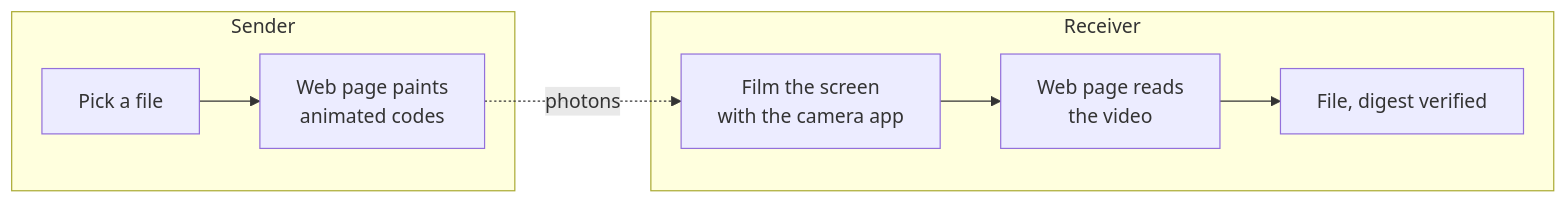
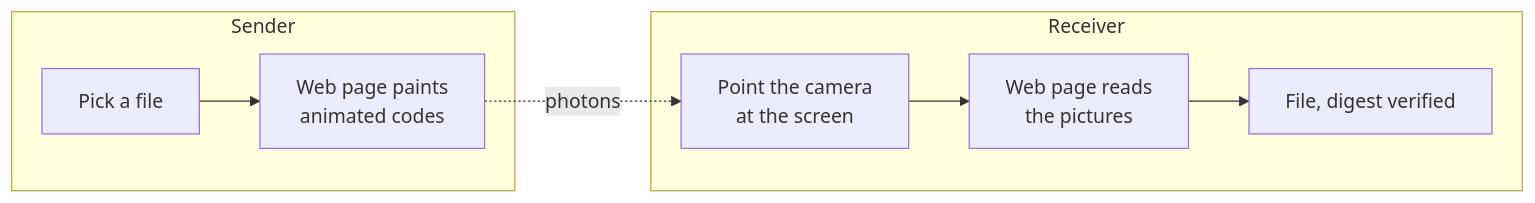
Before and after one commit to IMNascimento/PhotonProtocol: the diagram in README.md, drawn with Mermaid. The commit also changed other lines of this file and 5 other files, not shown here.

````diff
--- a/README.md
+++ b/README.md
@@ -20,11 +20,11 @@
 ```mermaid
 flowchart LR
     subgraph S [Sender]
         A[Pick a file] --> B[Web page paints<br/>animated codes]
     end
     subgraph R [Receiver]
-        C[Film the screen<br/>with the camera app] --> D[Web page reads<br/>the video]
+        C[Point the camera<br/>at the screen] --> D[Web page reads<br/>the pictures]
         D --> E[File, digest verified]
     end
     B -. photons .-> C
 ```
````
